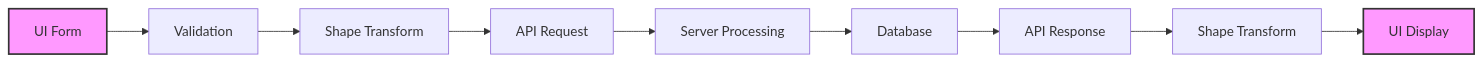
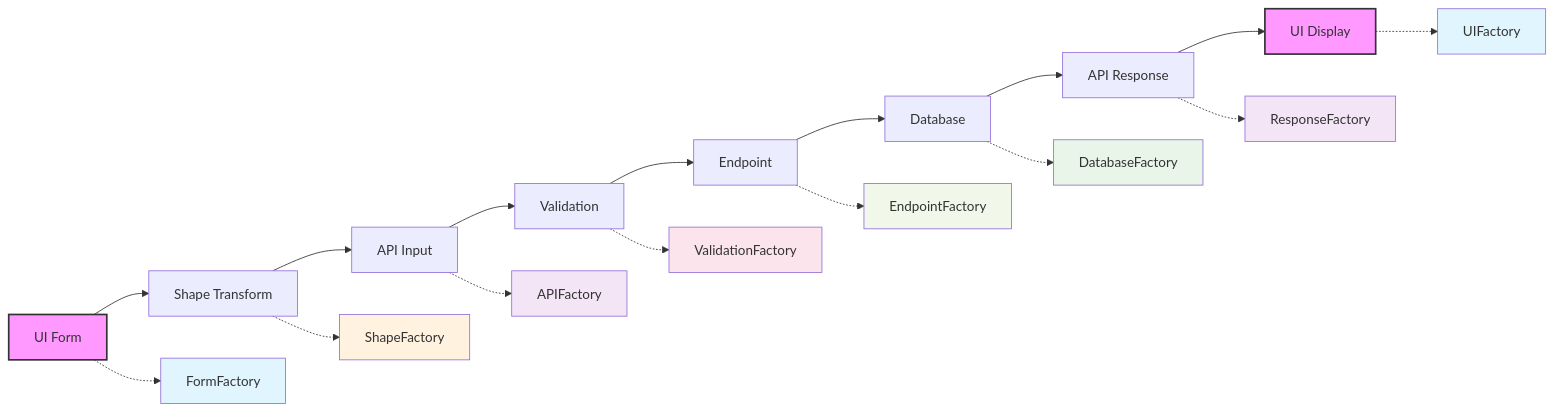
Before and after one commit to Vrooli/Vrooli: the diagram in docs/testing/round-trip-testing.md, drawn with Mermaid. The commit also changed other lines of this file and 66 other files, not shown here.

````diff
--- a/docs/testing/round-trip-testing.md
+++ b/docs/testing/round-trip-testing.md
@@ -21,14 +21,30 @@
 ```mermaid
 graph LR
-    A[UI Form] --> B[Validation]
-    B --> C[Shape Transform]
-    C --> D[API Request]
-    D --> E[Server Processing]
+    A[UI Form] --> B[Shape Transform]
+    B --> C[API Input]
+    C --> D[Validation]
+    D --> E[Endpoint]
     E --> F[Database]
     F --> G[API Response]
-    G --> H[Shape Transform]
-    H --> I[UI Display]
+    G --> H[UI Display]
+    
+    A -.-> FA[FormFactory]
+    B -.-> FB[ShapeFactory]
+    C -.-> FC[APIFactory]
+    D -.-> FD[ValidationFactory]
+    E -.-> FE[EndpointFactory]
+    F -.-> FF[DatabaseFactory]
+    G -.-> FG[ResponseFactory]
+    H -.-> FH[UIFactory]
     
     style A fill:#f9f,stroke:#333,stroke-width:2px
-    style I fill:#f9f,stroke:#333,stroke-width:2px
+    style H fill:#f9f,stroke:#333,stroke-width:2px
+    style FA fill:#e1f5fe
+    style FB fill:#fff3e0
+    style FC fill:#f3e5f5
+    style FD fill:#fce4ec
+    style FE fill:#f1f8e9
+    style FF fill:#e8f5e8
+    style FG fill:#f3e5f5
+    style FH fill:#e1f5fe
 ```
````
